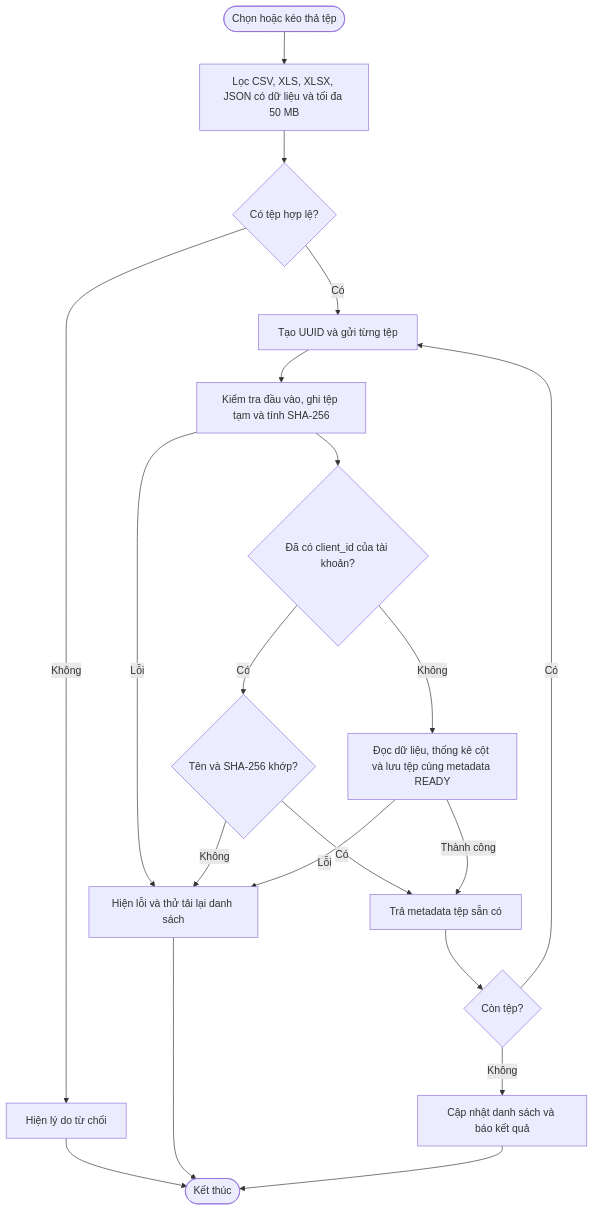
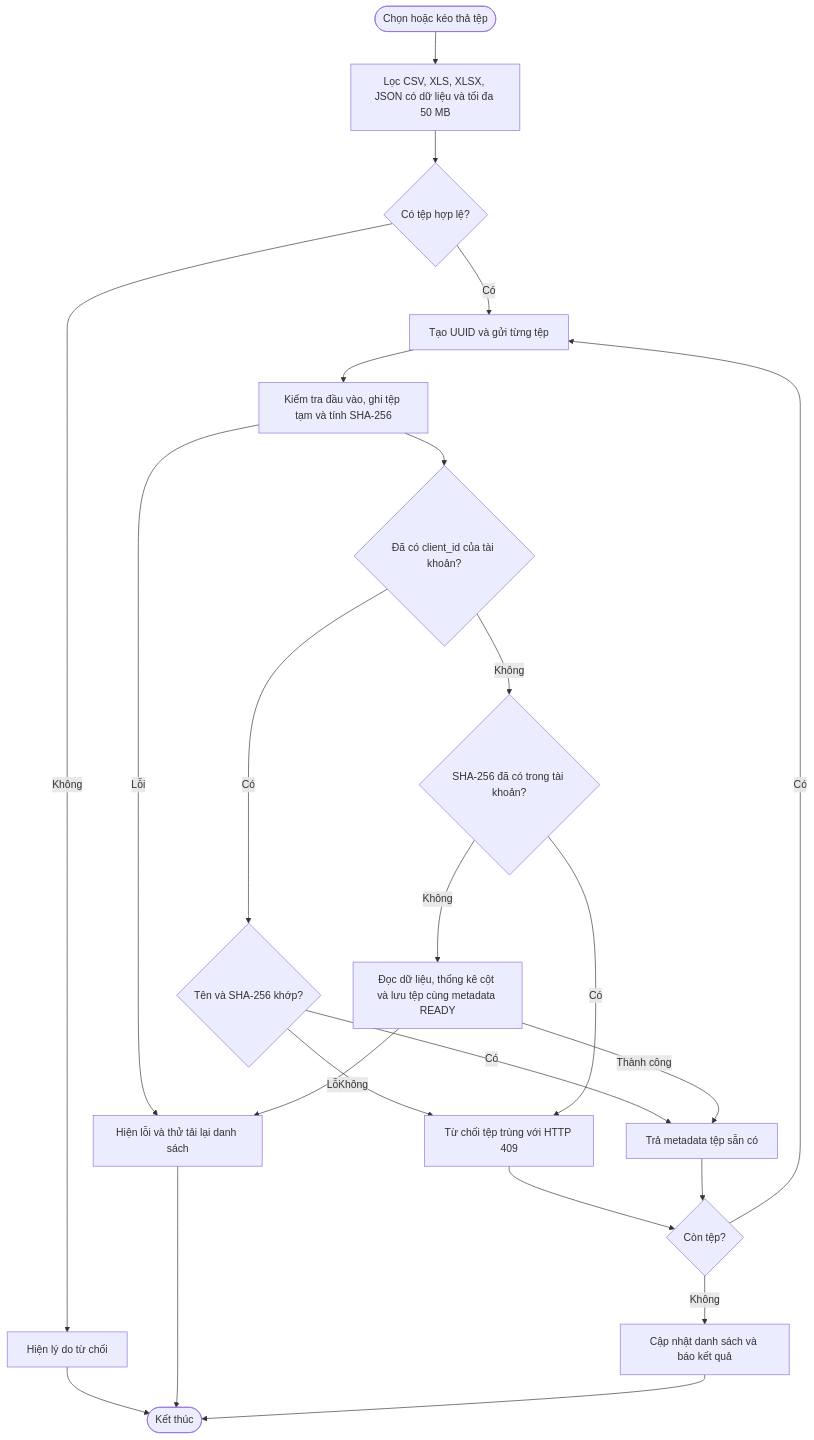
The ninth of 24 diagrams in docs/diagrams/So-do-activity-va-sequence.md (tuoicaominh/DATA-CLEANING-AND-ANALYSIS-), drawn with Mermaid before and after one commit. The commit also changed other lines of this file and 5 other files, not shown here.

First line of the commit message:
Style: thiết kế lại trang Phân tích và cập nhật tài liệu dự án

````diff
--- a/docs/diagrams/So-do-activity-va-sequence.md
+++ b/docs/diagrams/So-do-activity-va-sequence.md
@@ -208,22 +218,25 @@
 ```mermaid
 flowchart TD
     A([Chọn hoặc kéo thả tệp]) --> B["Lọc CSV, XLS, XLSX, JSON có dữ liệu và tối đa 50 MB"]
     B --> C{"Có tệp hợp lệ?"}
     C -- Không --> D["Hiện lý do từ chối"]
     C -- Có --> E["Tạo UUID và gửi từng tệp"]
     E --> F["Kiểm tra đầu vào, ghi tệp tạm và tính SHA-256"]
     F -- Lỗi --> L["Hiện lỗi và thử tải lại danh sách"]
     F --> G{"Đã có client_id của tài khoản?"}
     G -- Có --> H{"Tên và SHA-256 khớp?"}
-    H -- Không --> L
+    H -- Không --> Q
     H -- Có --> J["Trả metadata tệp sẵn có"]
-    G -- Không --> I["Đọc dữ liệu, thống kê cột và lưu tệp cùng metadata READY"]
+    G -- Không --> P{"SHA-256 đã có trong tài khoản?"}
+    P -- Có --> Q["Từ chối tệp trùng với HTTP 409"]
+    Q --> K
+    P -- Không --> I["Đọc dữ liệu, thống kê cột và lưu tệp cùng metadata READY"]
     I -- Thành công --> J
     I -- Lỗi --> L
     J --> K{"Còn tệp?"}
     K -- Có --> E
     K -- Không --> M["Cập nhật danh sách và báo kết quả"]
     D --> N([Kết thúc])
     L --> N
     M --> N
 ```
````
